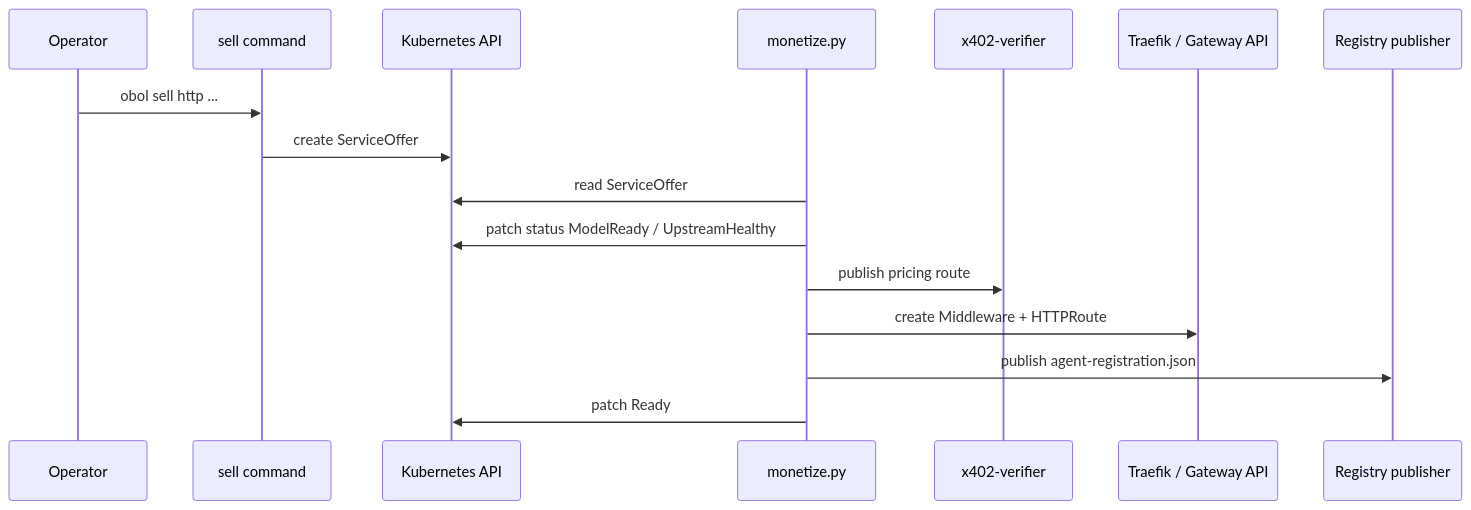
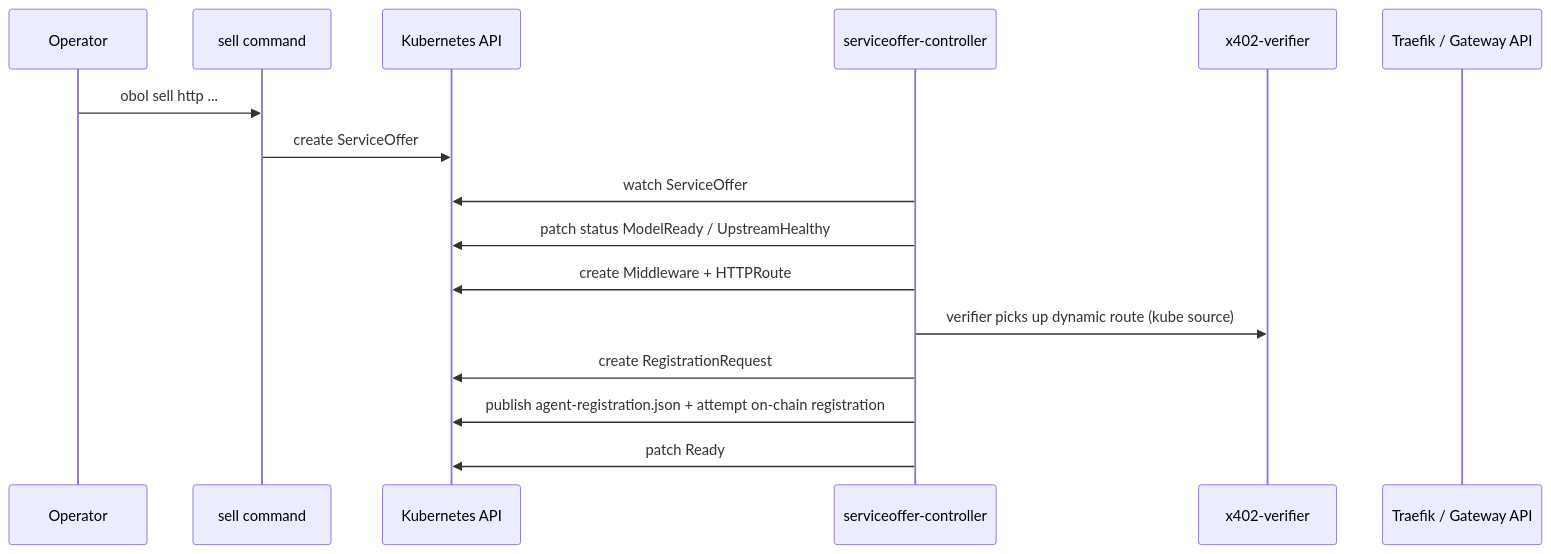
Before and after one commit to ObolNetwork/obol-stack: the fifth of 8 diagrams in ARCHITECTURE.md, drawn with Mermaid. The commit also changed other lines of this file and 3 other files, not shown here.

First line of the commit message:
docs: sync spec bundle with serviceoffer-controller refactor (#288)

````diff
--- a/ARCHITECTURE.md
+++ b/ARCHITECTURE.md
@@ -184,19 +189,19 @@
 ```mermaid
 sequenceDiagram
     participant O as Operator
     participant CLI as sell command
     participant K as Kubernetes API
-    participant M as monetize.py
+    participant C as serviceoffer-controller
     participant V as x402-verifier
     participant G as Traefik / Gateway API
-    participant R as Registry publisher
 
     O->>CLI: obol sell http ...
     CLI->>K: create ServiceOffer
-    M->>K: read ServiceOffer
-    M->>K: patch status ModelReady / UpstreamHealthy
-    M->>V: publish pricing route
-    M->>G: create Middleware + HTTPRoute
-    M->>R: publish agent-registration.json
-    M->>K: patch Ready
+    C->>K: watch ServiceOffer
+    C->>K: patch status ModelReady / UpstreamHealthy
+    C->>K: create Middleware + HTTPRoute
+    C->>V: verifier picks up dynamic route (kube source)
+    C->>K: create RegistrationRequest
+    C->>K: publish agent-registration.json + attempt on-chain registration
+    C->>K: patch Ready
 ```
````
